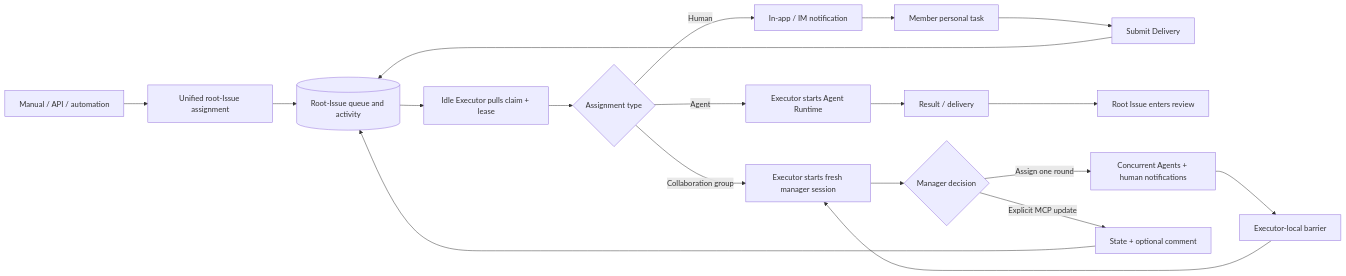
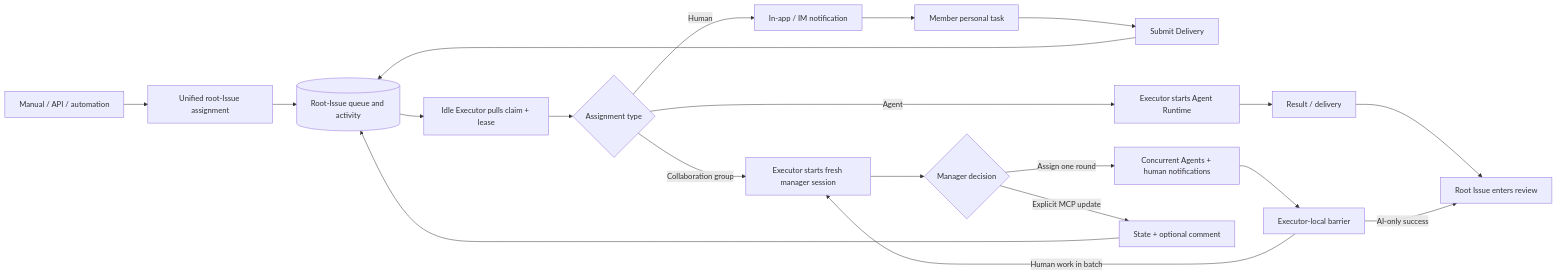
Before and after one commit to wecode-ai/Wegent: the first of 4 diagrams in docs/en/wegent/developer-guide/cloud-project-collaboration.md, drawn with Mermaid. The commit also changed other lines of this file and 94 other files, not shown here.

````diff
--- a/docs/en/wegent/developer-guide/cloud-project-collaboration.md
+++ b/docs/en/wegent/developer-guide/cloud-project-collaboration.md
@@ -138,21 +140,22 @@
 ```mermaid
 flowchart LR
     TRIGGER[Manual / API / automation] --> ASSIGN[Unified root-Issue assignment]
     ASSIGN --> ROOT[(Root-Issue queue and activity)]
     ROOT --> CLAIM[Idle Executor pulls claim + lease]
     CLAIM --> KIND{Assignment type}
     KIND -->|Human| NOTICE[In-app / IM notification]
     NOTICE --> PERSONAL[Member personal task]
     PERSONAL --> DELIVERY[Submit Delivery]
     DELIVERY --> ROOT
     KIND -->|Agent| AGENT[Executor starts Agent Runtime]
     AGENT --> RESULT[Result / delivery]
     RESULT --> REVIEW[Root Issue enters review]
     KIND -->|Collaboration group| MANAGER[Executor starts fresh manager session]
     MANAGER --> PLAN{Manager decision}
     PLAN -->|Assign one round| BATCH[Concurrent Agents + human notifications]
     BATCH --> BARRIER[Executor-local barrier]
-    BARRIER --> MANAGER
+    BARRIER -->|Human work in batch| MANAGER
+    BARRIER -->|AI-only success| REVIEW
     PLAN -->|Explicit MCP update| STATUS[State + optional comment]
     STATUS --> ROOT
 ```
````
